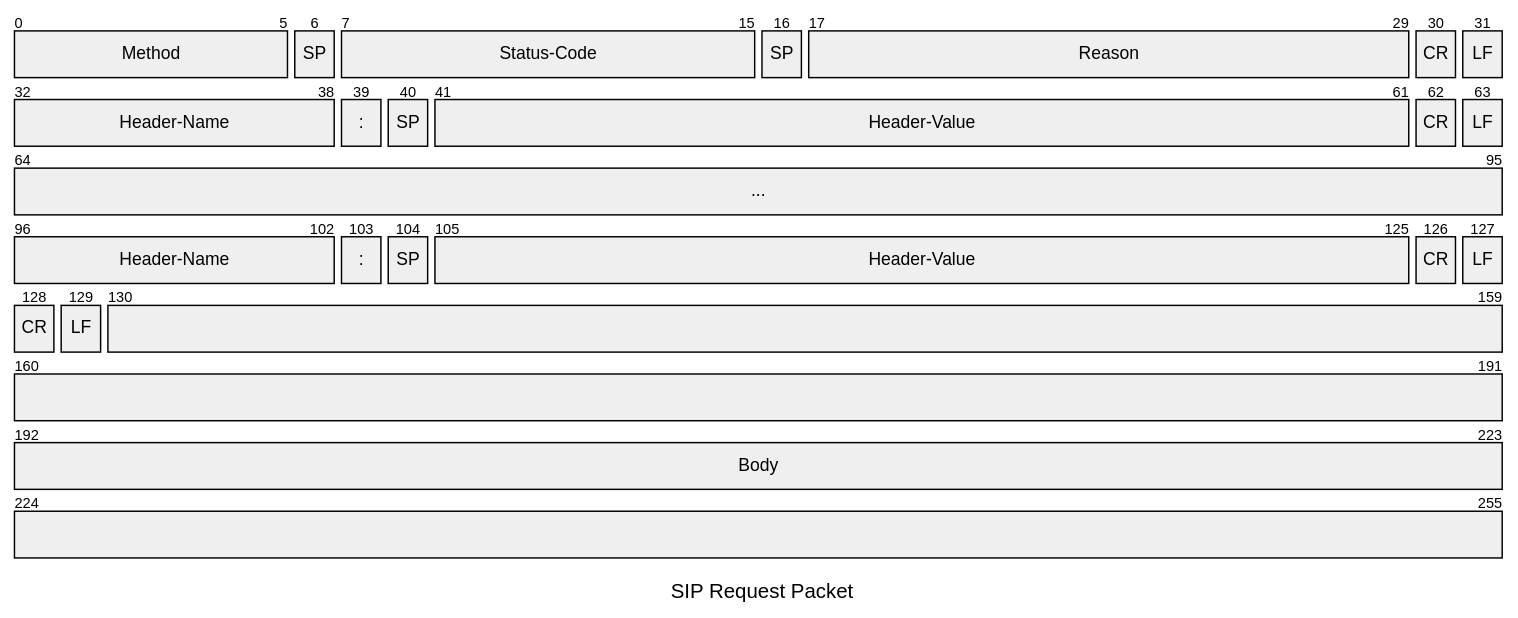
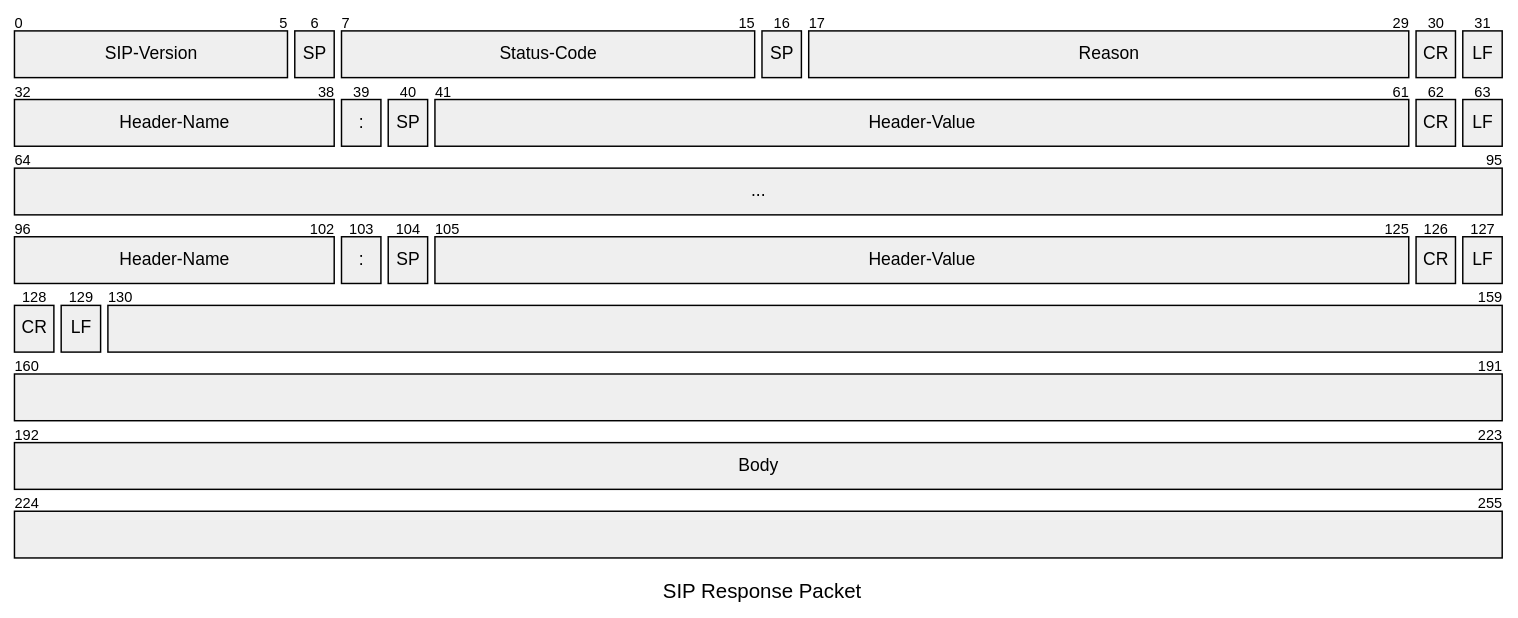
One commit to delpiter/Obsidian-Vault changed the second of 2 diagrams in Git-Obsidian/Reti/Application Layer/Telefonia.md. Above: the diagram before and after it, drawn with Mermaid (neutral theme). The commit also changed other lines of this file and 20 other files, not shown here.

````diff
--- a/Git-Obsidian/Reti/Application Layer/Telefonia.md
+++ b/Git-Obsidian/Reti/Application Layer/Telefonia.md
@@ -185,35 +189,35 @@
 ```mermaid
 ---
-title: "SIP Request Packet"
+title: "SIP Response Packet"
 config:
   packet:
     showBits: false
 ---
 packet-beta
-	0-5: "Method"
+	0-5: "SIP-Version"
 	6: "SP"
 	7-15: "Status-Code"
 	16: "SP"
 	17-29: "Reason"
 	30: "CR"
 	31: "LF"
 	32-38: "Header-Name"
 	39: ":"
 	40: "SP"
 	41-61: "Header-Value"
 	62: "CR"
 	63: "LF"
 	64-95: "..."
 	96-102: "Header-Name"
 	103: ":"
 	104: "SP"
 	105-125: "Header-Value"
 	126: "CR"
 	127: "LF"
 	128: "CR"
 	129: "LF"
 	130-159: ""
 	160-191: ""
 	192-223: "Body"
 	224-255: ""
 ```
````
